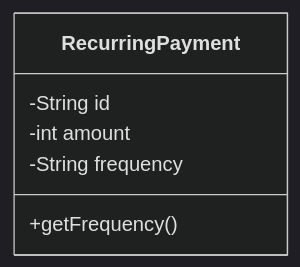
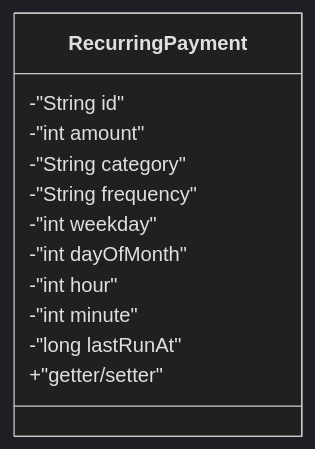
Diagram 21 of 26 in Grading_Criteria.md (Dao-you/SimplestBookAndroid), drawn with Mermaid (dark theme) before and after one commit. The commit also changed other lines of this file, not shown here.

````diff
--- a/Grading_Criteria.md
+++ b/Grading_Criteria.md
@@ -449,9 +497,15 @@
 ```mermaid
 classDiagram
     class RecurringPayment {
-        -String id
-        -int amount
-        -String frequency
-        +getFrequency()
+        -"String id"
+        -"int amount"
+        -"String category"
+        -"String frequency"
+        -"int weekday"
+        -"int dayOfMonth"
+        -"int hour"
+        -"int minute"
+        -"long lastRunAt"
+        +"getter/setter"
     }
 ```
````
